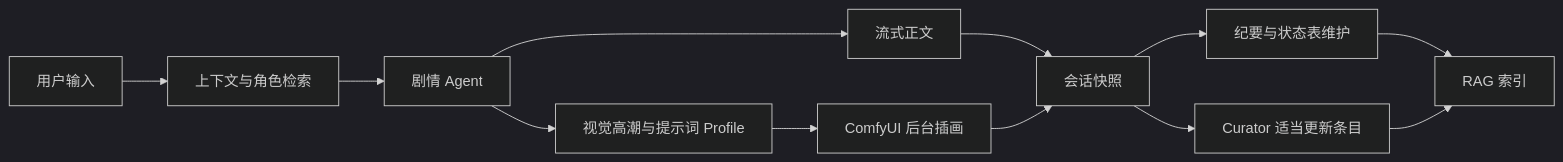
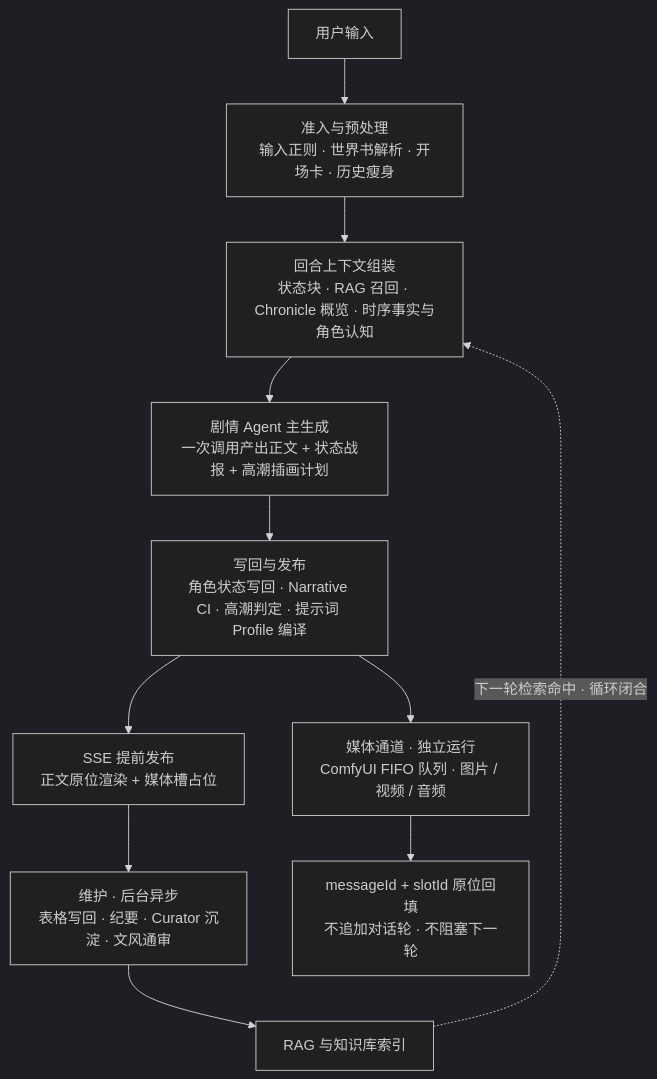
Before and after one commit to Carmenangle/Demiurge: the diagram in README.md, drawn with Mermaid (dark theme). The commit also changed other lines of this file and 12 other files, not shown here.

Commit message:
docs: 重写 README（上手优先 + 完整剧情链路预览），新增 tutorials 01-03，替换界面截图

````diff
--- a/README.md
+++ b/README.md
@@ -85,14 +122,13 @@
 ```mermaid
-flowchart LR
-    U[用户输入] --> C[上下文与角色检索]
-    C --> A[剧情 Agent]
-    A --> T[流式正文]
-    A --> P[视觉高潮与提示词 Profile]
-    P --> I[ComfyUI 后台插画]
-    T --> S[会话快照]
-    I --> S
-    S --> M[纪要与状态表维护]
-    S --> W[Curator 适当更新条目]
-    M --> R[RAG 索引]
-    W --> R
+flowchart TB
+    U[用户输入] --> P0[准入与预处理<br>输入正则 · 世界书解析 · 开场卡 · 历史瘦身]
+    P0 --> P1[回合上下文组装<br>状态块 · RAG 召回 · Chronicle 概览 · 时序事实与角色认知]
+    P1 --> P2[剧情 Agent 主生成<br>一次调用产出正文 + 状态战报 + 高潮插画计划]
+    P2 --> P3[写回与发布<br>角色状态写回 · Narrative CI · 高潮判定 · 提示词 Profile 编译]
+    P3 --> P4[SSE 提前发布<br>正文原位渲染 + 媒体槽占位]
+    P4 --> P5[维护 · 后台异步<br>表格写回 · 纪要 · Curator 沉淀 · 文风通审]
+    P5 --> P6[RAG 与知识库索引]
+    P6 -.->|下一轮检索命中 · 循环闭合| P1
+    P3 --> P7[媒体通道 · 独立运行<br>ComfyUI FIFO 队列 · 图片 / 视频 / 音频]
+    P7 --> P8[messageId + slotId 原位回填<br>不追加对话轮 · 不阻塞下一轮]
 ```
````
